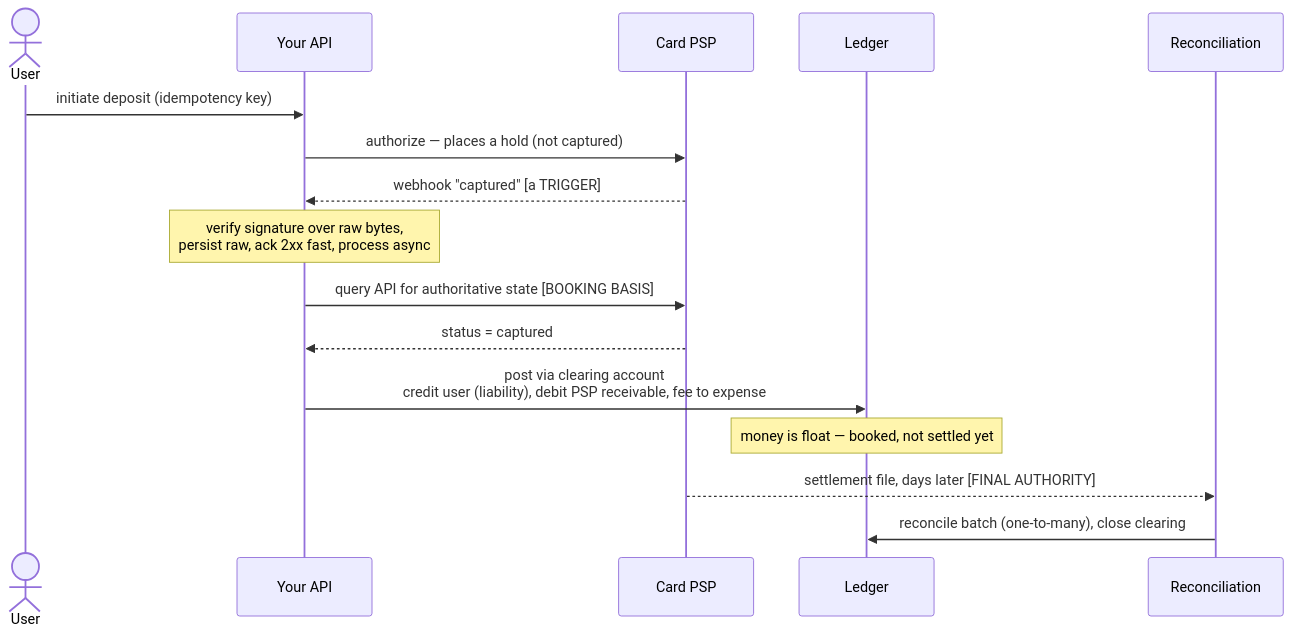
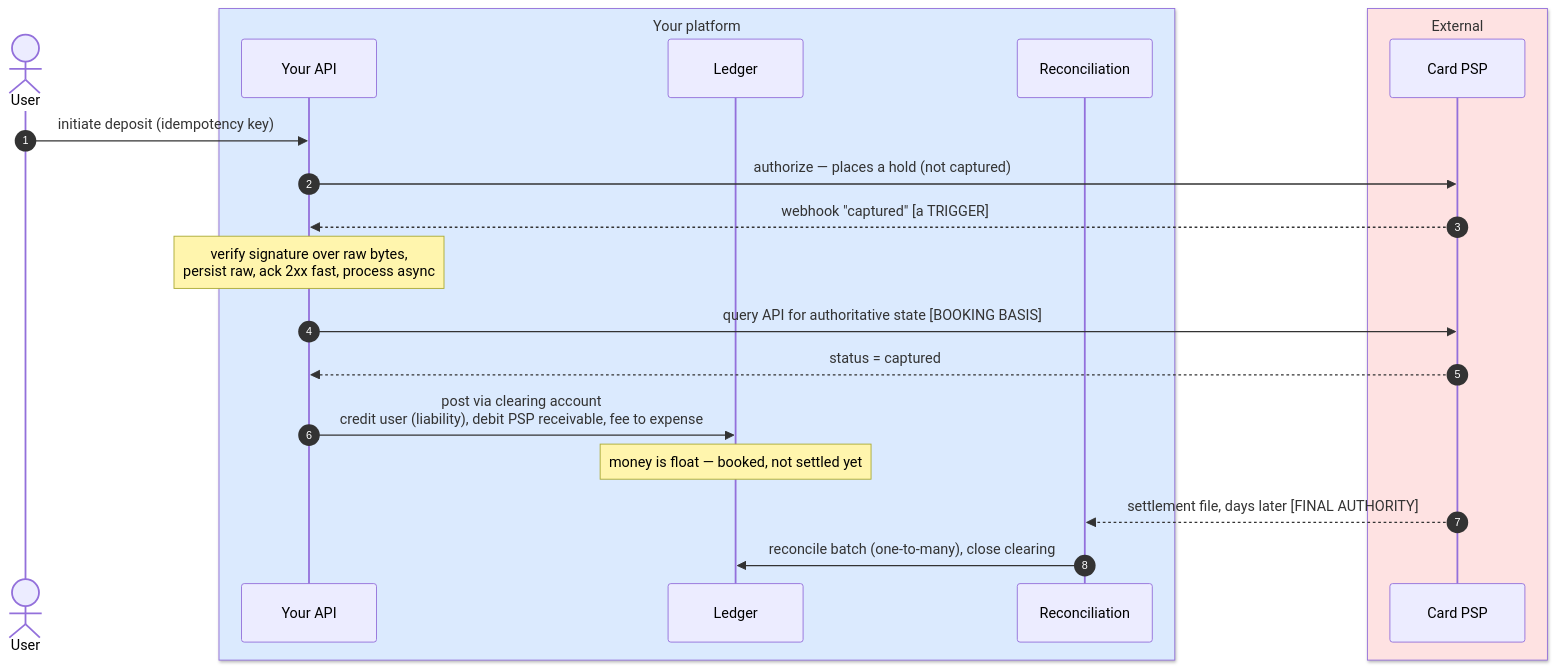
One commit to YSKM523/fintech-engineering-handbook changed the third of 4 diagrams in README.md. Above: the diagram before and after it, drawn with Mermaid. The commit also changed other lines of this file and 1 other file, not shown here.

First line of the commit message:
Add a colored three-principles diagram to SKILL.md; color the README diagrams

````diff
--- a/README.md
+++ b/README.md
@@ -128,18 +137,23 @@
 ```mermaid
 sequenceDiagram
+    autonumber
     actor U as User
-    participant API as Your API
-    participant PSP as Card PSP
-    participant L as Ledger
-    participant R as Reconciliation
+    box rgb(219,234,254) Your platform
+        participant API as Your API
+        participant L as Ledger
+        participant R as Reconciliation
+    end
+    box rgb(254,226,226) External
+        participant PSP as Card PSP
+    end
     U->>API: initiate deposit (idempotency key)
     API->>PSP: authorize — places a hold (not captured)
     PSP-->>API: webhook "captured"  [a TRIGGER]
     note over API: verify signature over raw bytes,<br/>persist raw, ack 2xx fast, process async
     API->>PSP: query API for authoritative state  [BOOKING BASIS]
     PSP-->>API: status = captured
     API->>L: post via clearing account<br/>credit user (liability), debit PSP receivable, fee to expense
     note over L: money is float — booked, not settled yet
     PSP-->>R: settlement file, days later  [FINAL AUTHORITY]
     R->>L: reconcile batch (one-to-many), close clearing
 ```
````
